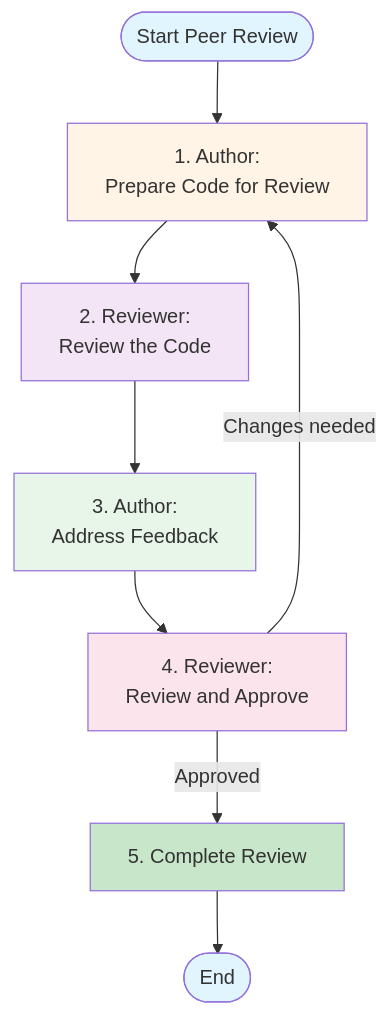
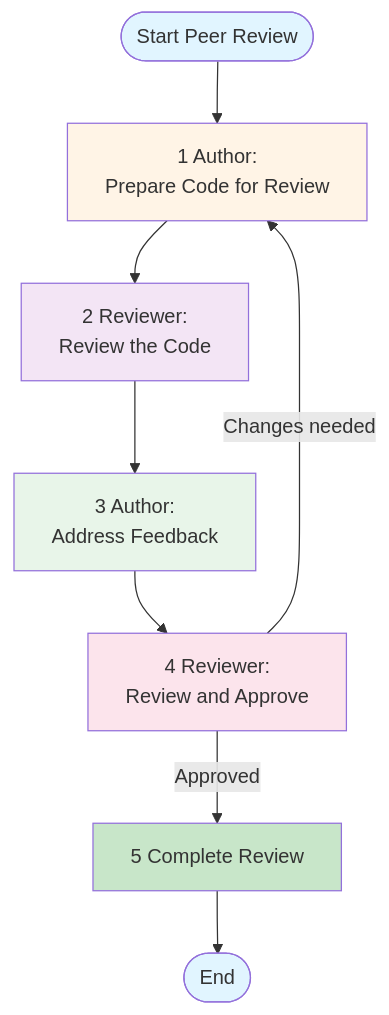
The diagram in guidance/03-peer-reviewed/index.qmd (nhsbsa-data-analytics/nhsbsa-analytical-code-assurance-playbook), drawn with Mermaid before and after one commit. The commit also changed other lines of this file and 6 other files, not shown here.

Commit message:
Fix typos and mermaid rendering issues

````diff
--- a/guidance/03-peer-reviewed/index.qmd
+++ b/guidance/03-peer-reviewed/index.qmd
@@ -47,19 +48,18 @@
 ```{mermaid}
-%%| fig-align: center
 flowchart TD
-    Start([Start Peer Review]) --> Prepare[1. Author:<br/>Prepare Code for Review]
-    Prepare --> Review[2. Reviewer:<br/>Review the Code]
-    Review --> Address[3. Author:<br/>Address Feedback]
-    Address --> Check[4. Reviewer:<br/>Review and Approve]
+    Start([Start Peer Review]) --> Prepare[1 Author:<br/>Prepare Code for Review]
+    Prepare --> Review[2 Reviewer:<br/>Review the Code]
+    Review --> Address[3 Author:<br/>Address Feedback]
+    Address --> Check[4 Reviewer:<br/>Review and Approve]
     Check -->|Changes needed| Prepare
-    Check -->|Approved| Complete[5. Complete Review]
+    Check -->|Approved| Complete[5 Complete Review]
     Complete --> End([End])
     
     style Start fill:#e1f5ff
     style End fill:#e1f5ff
     style Prepare fill:#fff4e6
     style Review fill:#f3e5f5
     style Address fill:#e8f5e9
     style Check fill:#fce4ec
     style Complete fill:#c8e6c9
 ```
````
